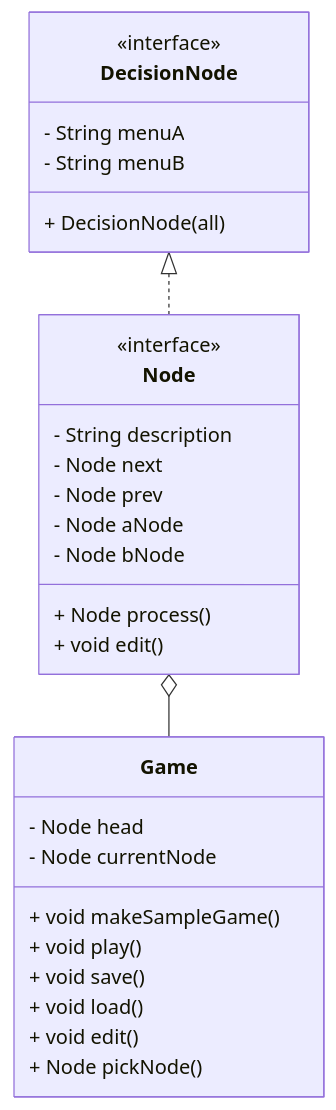
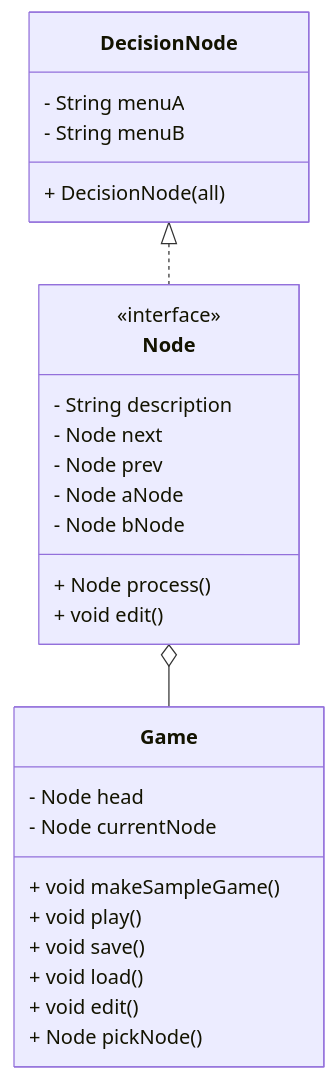
Before and after one commit to ajbeck800/CS121_Final_Project_Beck: the diagram in README.md, drawn with Mermaid.

````diff
--- a/README.md
+++ b/README.md
@@ -5,34 +5,33 @@
 ```mermaid
 classDiagram
     class Node {
         <<interface>>
         - String description
         - Node next
         - Node prev
         - Node aNode
         - Node bNode
         + Node process()
         + void edit()
     }
 
     class Game {
         - Node head
         - Node currentNode
         + void makeSampleGame()
         + void play()
         + void save()
         + void load()
         + void edit()
         + Node pickNode()
     }
 
     class DecisionNode {
-        <<interface>>
         - String menuA
         - String menuB
         + DecisionNode(all)
     }
 
     Node o-- Game
     DecisionNode <|.. Node
 ```
````
